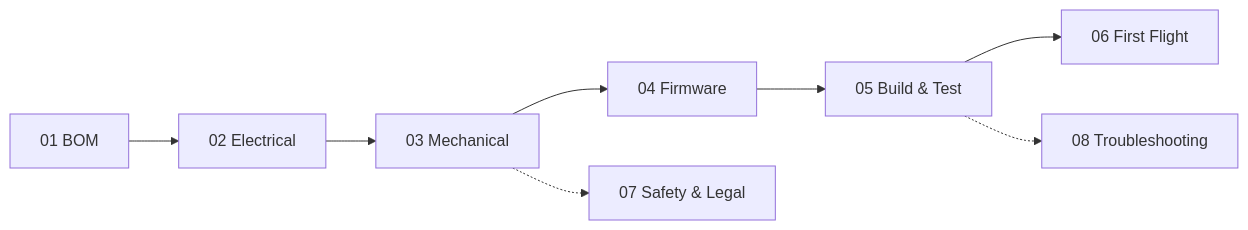
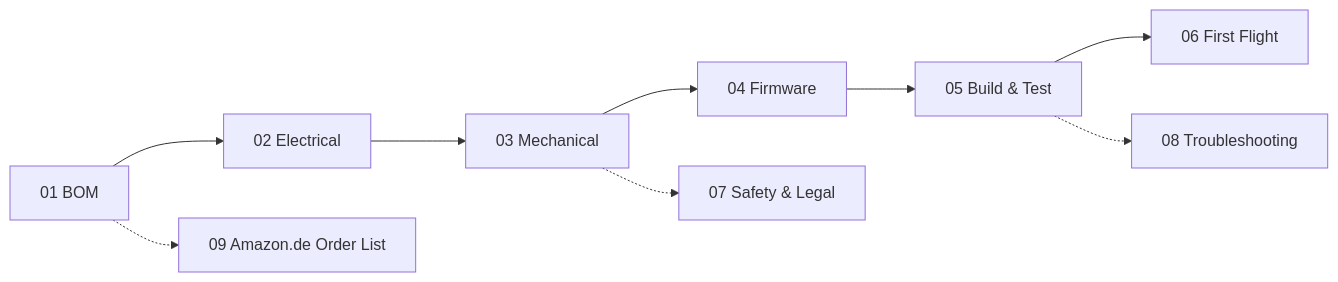
Before and after one commit to icepaule/IceDrone: the diagram in docs/README.md, drawn with Mermaid. The commit also changed other lines of this file and 4 other files, not shown here.

First line of the commit message:
Add Amazon.de convenience order list chapter

````diff
--- a/docs/README.md
+++ b/docs/README.md
@@ -25,10 +26,11 @@
 ```mermaid
 flowchart LR
     BOM["01 BOM"] --> ELEC["02 Electrical"]
     ELEC --> MECH["03 Mechanical"]
     MECH --> FW["04 Firmware"]
     FW --> BUILD["05 Build & Test"]
     BUILD --> FLIGHT["06 First Flight"]
     MECH -.-> SAFETY["07 Safety & Legal"]
     BUILD -.-> TS["08 Troubleshooting"]
+    BOM -.-> SHOP["09 Amazon.de Order List"]
 ```
````
